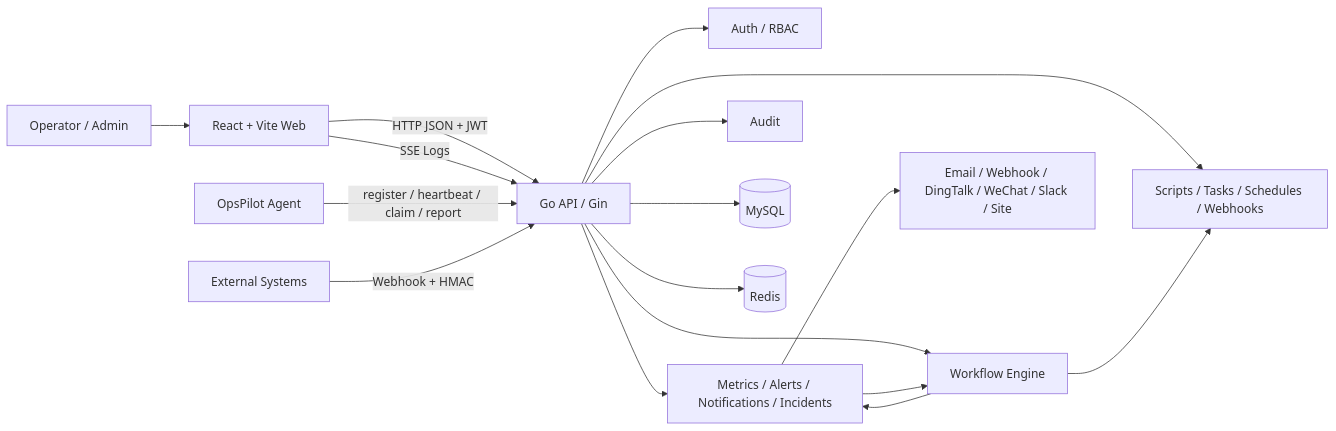
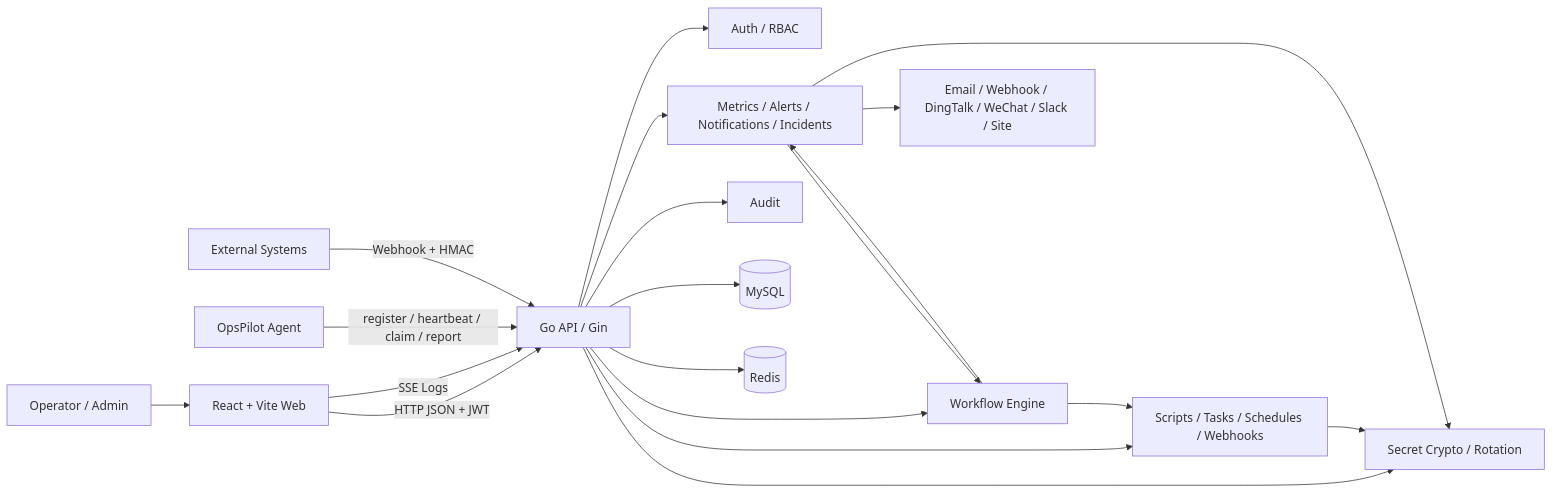
Before and after one commit to Zhenmeng8023/OpsPilot: the first of 5 diagrams in docs/UML/core-uml-v1.0-update.en.md, drawn with Mermaid. The commit also changed other lines of this file and 71 other files, not shown here.

Commit message:
本次改动主要补齐 V1.0 的 Workflow、Webhook、Audit、Secret 治理与发布验收能力，并同步了 OpenAPI、前端、迁移、Release 文档和 UML 图。 操作人:枕梦

````diff
--- a/docs/UML/core-uml-v1.0-update.en.md
+++ b/docs/UML/core-uml-v1.0-update.en.md
@@ -38,23 +39,26 @@
 ```mermaid
 flowchart LR
   Admin["Operator / Admin"] --> Web["React + Vite Web"]
   Web -->|"HTTP JSON + JWT"| API["Go API / Gin"]
   Web -->|"SSE Logs"| API
 
   Agent["OpsPilot Agent"] -->|"register / heartbeat / claim / report"| API
   External["External Systems"] -->|"Webhook + HMAC"| API
 
   API --> Auth["Auth / RBAC"]
   API --> Ops["Scripts / Tasks / Schedules / Webhooks"]
   API --> Monitor["Metrics / Alerts / Notifications / Incidents"]
   API --> Flow["Workflow Engine"]
+  API --> Secret["Secret Crypto / Rotation"]
   API --> Audit["Audit"]
 
   Flow --> Ops
   Flow --> Monitor
   Monitor --> Flow
+  Ops --> Secret
+  Monitor --> Secret
 
   API --> MySQL[("MySQL")]
   API --> Redis[("Redis")]
   Monitor --> Channels["Email / Webhook / DingTalk / WeChat / Slack / Site"]
 ```
````
